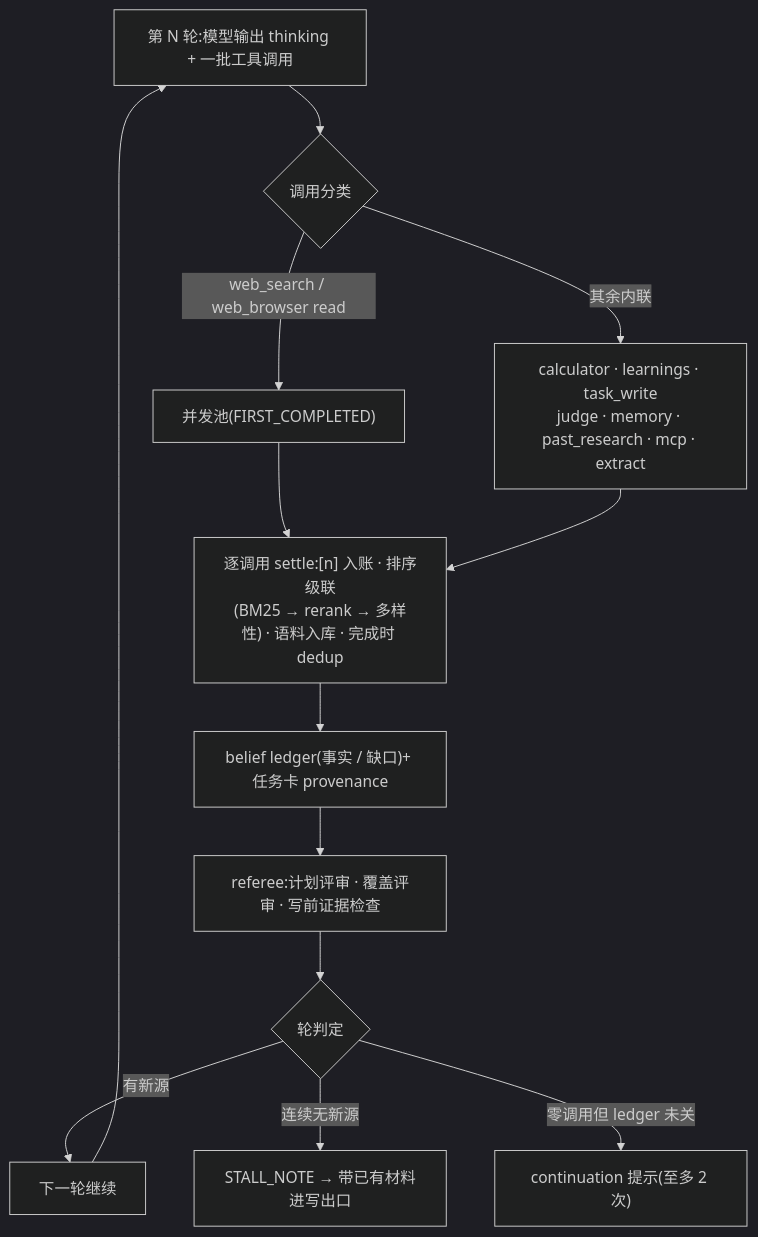
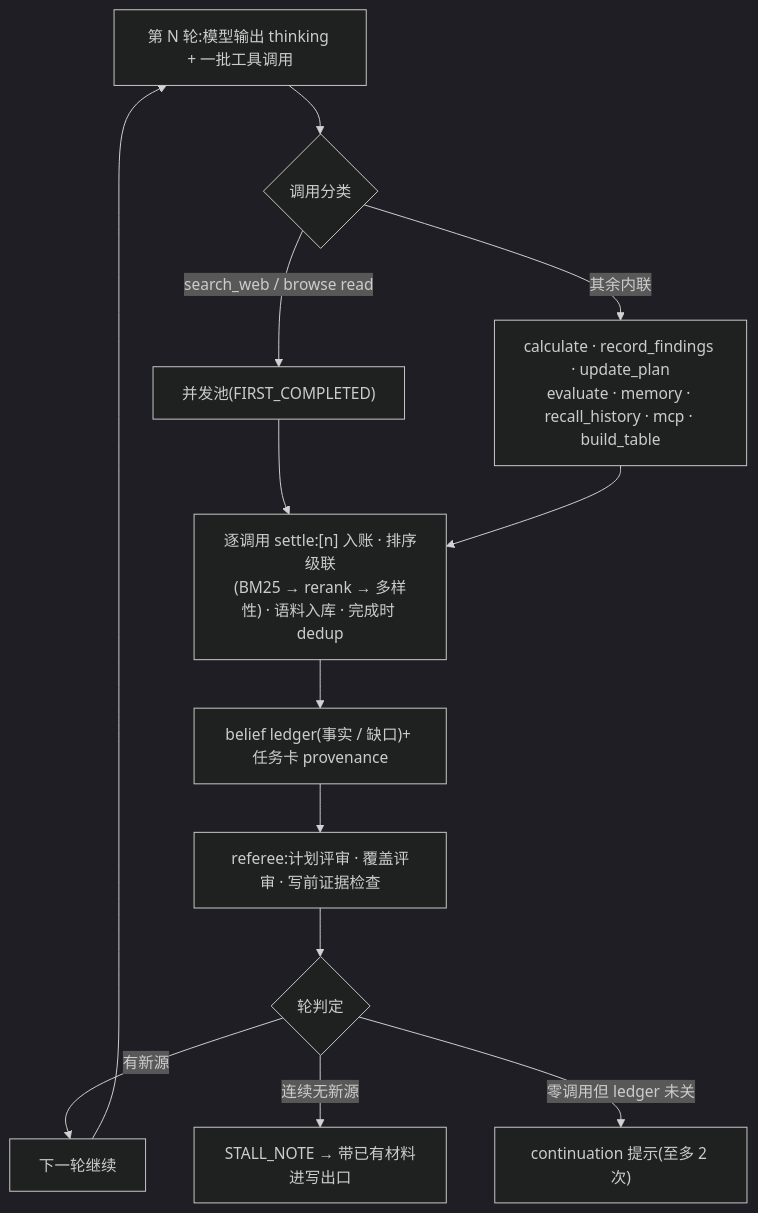
One commit to hezhijie0327/ZJSearch changed the third of 5 diagrams in NEXTGEN-DESIGN.md. Above: the diagram before and after it, drawn with Mermaid (dark theme). The commit also changed other lines of this file and 79 other files, not shown here.

````diff
--- a/NEXTGEN-DESIGN.md
+++ b/NEXTGEN-DESIGN.md
@@ -290,15 +291,15 @@
 ```mermaid
 flowchart TB
   ROUND["第 N 轮:模型输出 thinking + 一批工具调用"] --> SPLIT{"调用分类"}
-  SPLIT -->|"web_search / web_browser read"| POOL["并发池(FIRST_COMPLETED)"]
-  SPLIT -->|"其余内联"| INLINE["calculator · learnings · task_write<br/>judge · memory · past_research · mcp · extract"]
+  SPLIT -->|"search_web / browse read"| POOL["并发池(FIRST_COMPLETED)"]
+  SPLIT -->|"其余内联"| INLINE["calculate · record_findings · update_plan<br/>evaluate · memory · recall_history · mcp · build_table"]
   POOL --> SETTLE["逐调用 settle:[n] 入账 · 排序级联<br/>(BM25 → rerank → 多样性) · 语料入库 · 完成时 dedup"]
   INLINE --> SETTLE
   SETTLE --> LEDGER["belief ledger(事实 / 缺口)+ 任务卡 provenance"]
   LEDGER --> REF["referee:计划评审 · 覆盖评审 · 写前证据检查"]
   REF --> JUDGE{"轮判定"}
   JUDGE -->|"有新源"| NEXT["下一轮继续"]
   JUDGE -->|"连续无新源"| HALT["STALL_NOTE → 带已有材料进写出口"]
   JUDGE -->|"零调用但 ledger 未关"| NUDGE["continuation 提示(至多 2 次)"]
   NEXT --> ROUND
 ```
````
